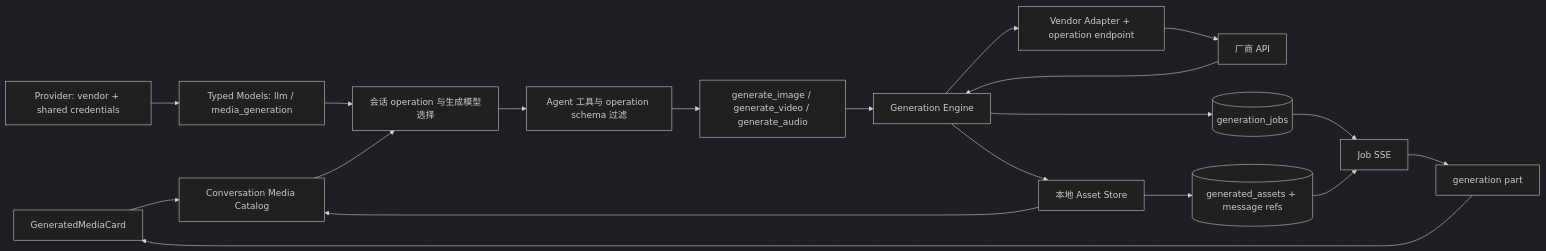
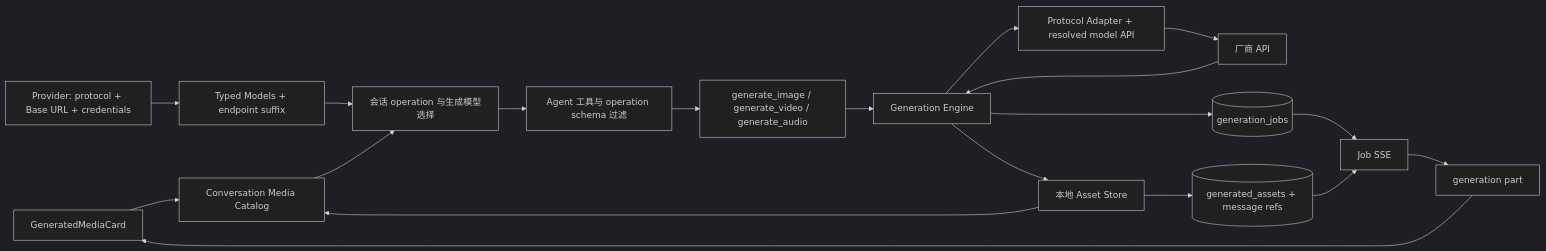
Before and after one commit to helloAping/P-chat: the first of 2 diagrams in docs/plans/media-generation-decision-map.md, drawn with Mermaid (dark theme). The commit also changed other lines of this file and 62 other files, not shown here.

First line of the commit message:
feat: unify media generation routing and model endpoints

````diff
--- a/docs/plans/media-generation-decision-map.md
+++ b/docs/plans/media-generation-decision-map.md
@@ -11,21 +11,21 @@
 ```mermaid
 flowchart LR
     U[用户文本 + attachment upload_id] --> C0[Conversation Media Catalog]
-    C[Provider: vendor + shared credentials] --> M[Typed Models: llm / media_generation]
+    C[Provider: protocol + Base URL + credentials] --> M[Typed Models + endpoint suffix]
     M --> S[会话 operation 与生成模型选择]
     C0 --> S
     S --> F[Agent 工具与 operation schema 过滤]
     F --> T[generate_image / generate_video / generate_audio]
     T --> E[Generation Engine]
-    E --> D[Vendor Adapter + operation endpoint]
+    E --> D[Protocol Adapter + resolved model API]
     D --> V[厂商 API]
     E --> J[(generation_jobs)]
     V --> E
     E --> A[本地 Asset Store]
     A --> C0
     A --> R[(generated_assets + message refs)]
     J --> X[Job SSE]
     R --> X
     X --> P[generation part]
     P --> U[GeneratedMediaCard]
 ```
````
